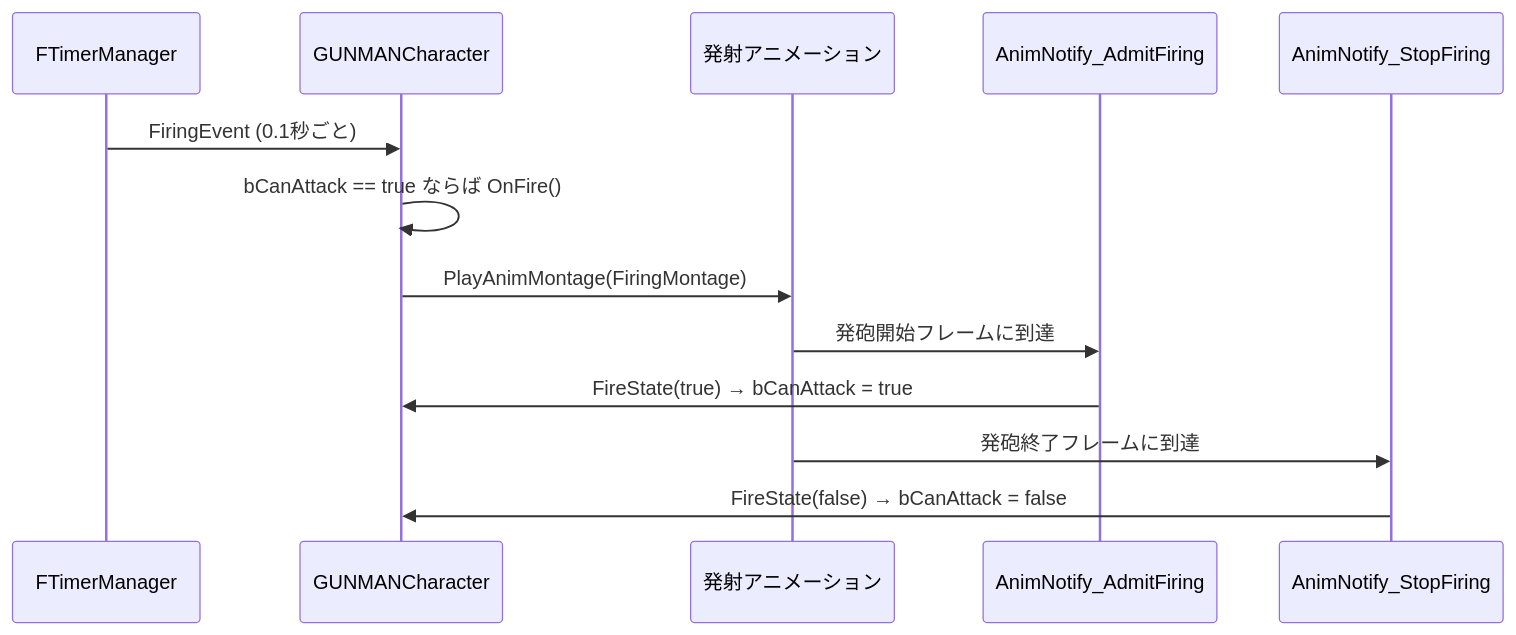
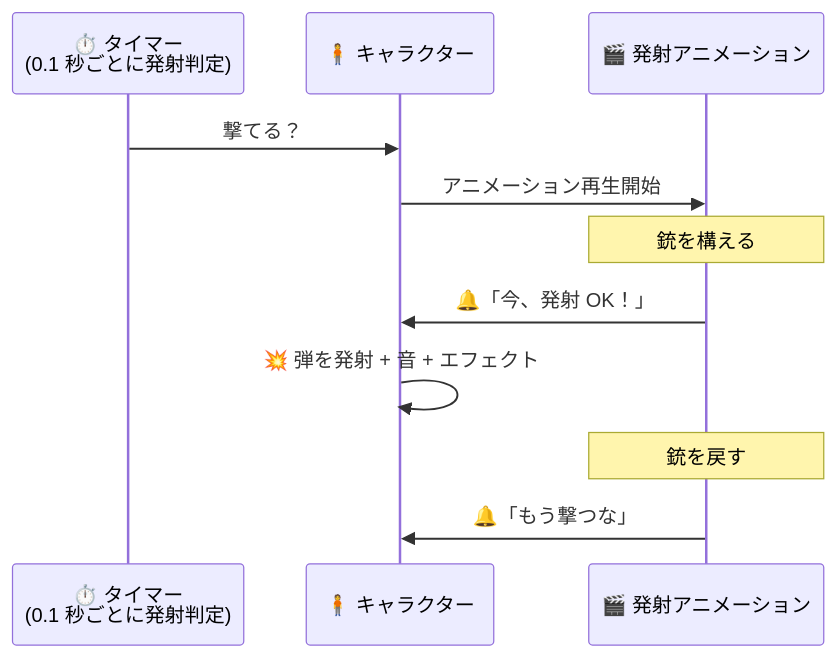
One commit to yu03040/GUNMAN changed the fifth of 9 diagrams in Documentation/AppealPoint.md. Above: the diagram before and after it, drawn with Mermaid. The commit also changed other lines of this file and 2 other files, not shown here.

````diff
--- a/Documentation/AppealPoint.md
+++ b/Documentation/AppealPoint.md
@@ -185,16 +273,14 @@
 ```mermaid
 sequenceDiagram
-    participant Timer as FTimerManager
-    participant Char as GUNMANCharacter
-    participant Anim as 発射アニメーション
-    participant Admit as AnimNotify_AdmitFiring
-    participant Stop as AnimNotify_StopFiring
+    participant Timer as ⏱️ タイマー<br>(0.1 秒ごとに発射判定)
+    participant Char as 🧍 キャラクター
+    participant Anim as 🎬 発射アニメーション
 
-    Timer->>Char: FiringEvent (0.1秒ごと)
-    Char->>Char: bCanAttack == true ならば OnFire()
-    Char->>Anim: PlayAnimMontage(FiringMontage)
-    Anim->>Admit: 発砲開始フレームに到達
-    Admit->>Char: FireState(true) → bCanAttack = true
-    Anim->>Stop: 発砲終了フレームに到達
-    Stop->>Char: FireState(false) → bCanAttack = false
+    Timer->>Char: 撃てる？
+    Char->>Anim: アニメーション再生開始
+    Note over Anim: 銃を構える
+    Anim->>Char: 🔔「今、発射 OK！」
+    Char->>Char: 💥 弾を発射 + 音 + エフェクト
+    Note over Anim: 銃を戻す
+    Anim->>Char: 🔔「もう撃つな」
 ```
````
